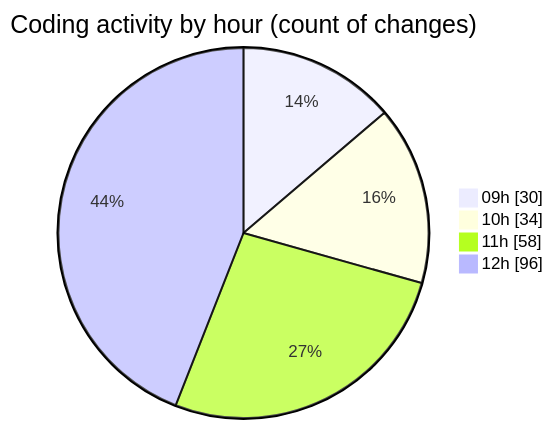
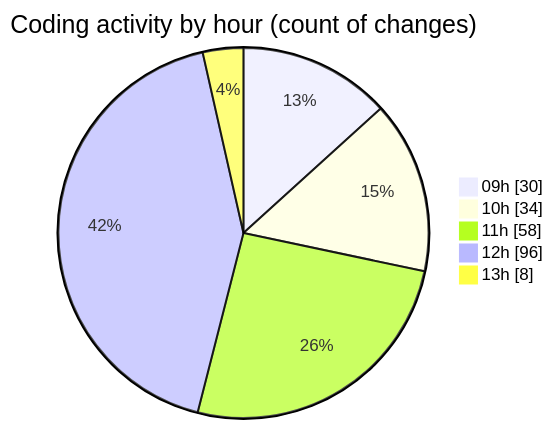
The second of 2 diagrams in 2025-04-02/cda/README.md (momahboobian/code-tracking), drawn with Mermaid before and after one commit. The commit also changed other lines of this file and 1 other file, not shown here.

````diff
--- a/2025-04-02/cda/README.md
+++ b/2025-04-02/cda/README.md
@@ -36,8 +36,9 @@
 ```mermaid
 pie showData
 title Coding activity by hour (count of changes)
 "09h" : 30
 "10h" : 34
 "11h" : 58
 "12h" : 96
+"13h" : 8
 ```
````
